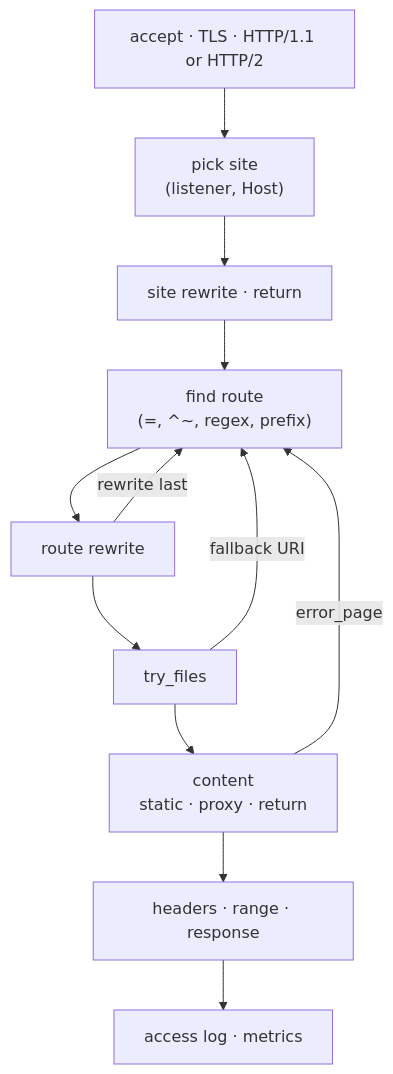
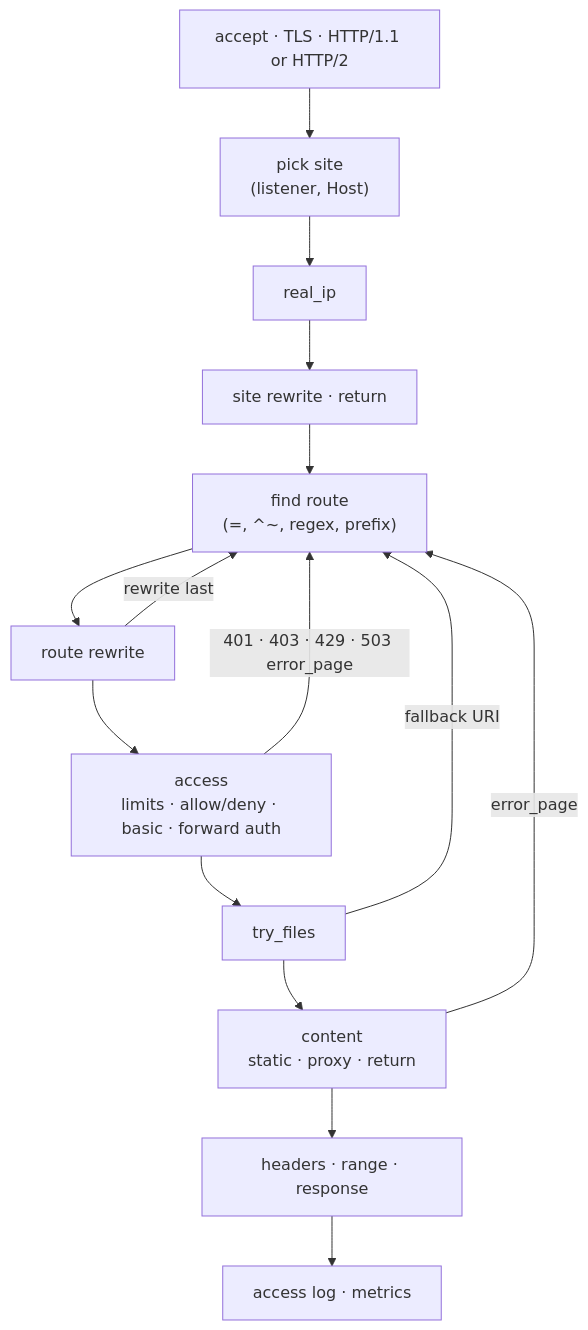
Before and after one commit to null-variable/proxelo: the fourth of 4 diagrams in docs/architecture.md, drawn with Mermaid. The commit also changed other lines of this file and 17 other files, not shown here.

Commit message:
feat(policy): rate and connection limits, allow/deny, basic and forward auth, real ip and bandwidth

````diff
--- a/docs/architecture.md
+++ b/docs/architecture.md
@@ -172,14 +173,17 @@
 ```mermaid
 flowchart TD
     accept["accept · TLS · HTTP/1.1 or HTTP/2"] --> site["pick site<br/>(listener, Host)"]
-    site --> srw["site rewrite · return"]
+    site --> realip["real_ip"]
+    realip --> srw["site rewrite · return"]
     srw --> find["find route<br/>(=, ^~, regex, prefix)"]
     find --> rrw["route rewrite"]
     rrw -- "rewrite last" --> find
-    rrw --> try["try_files"]
+    rrw --> access["access<br/>limits · allow/deny · basic · forward auth"]
+    access -- "401 · 403 · 429 · 503 error_page" --> find
+    access --> try["try_files"]
     try -- "fallback URI" --> find
     try --> content["content<br/>static · proxy · return"]
     content -- "error_page" --> find
     content --> out["headers · range · response"]
     out --> log["access log · metrics"]
 ```
````
